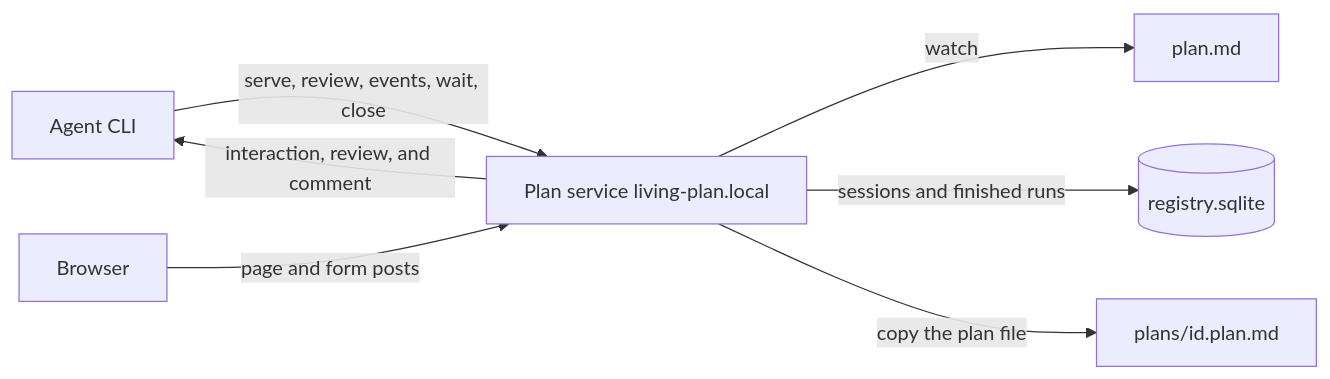
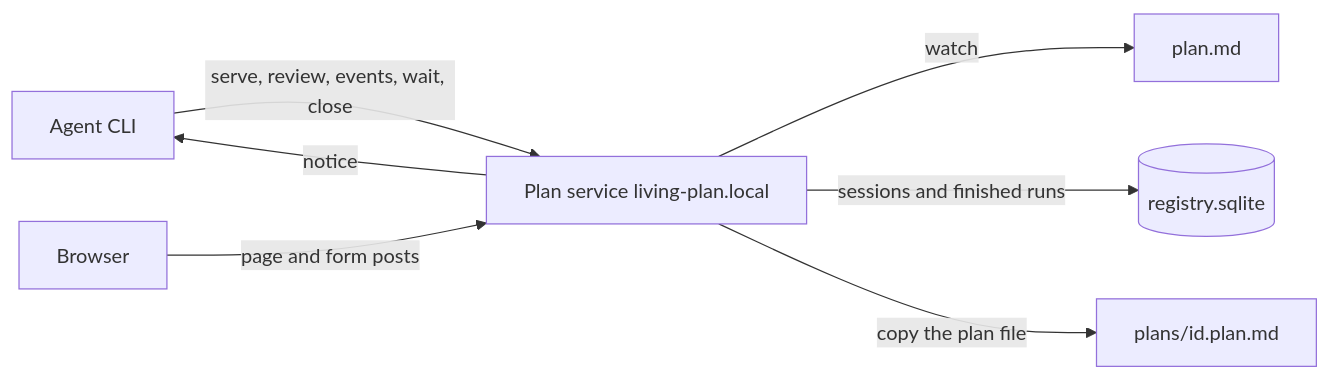
One commit to marco-calderon/visual-living-plan changed the first of 5 diagrams in docs/architecture/README.md. Above: the diagram before and after it, drawn with Mermaid. The commit also changed other lines of this file and 12 other files, not shown here.

First line of the commit message:
Sync architecture docs with the running service.

````diff
--- a/docs/architecture/README.md
+++ b/docs/architecture/README.md
@@ -13,16 +13,16 @@
 ```mermaid
 flowchart LR
   Agent["Agent CLI"]
   Browser["Browser"]
   Service["Plan service living-plan.local"]
   File["plan.md"]
   DB[("registry.sqlite")]
   Archive["plans/id.plan.md"]
 
   Agent -->|"serve, review, events, wait, close"| Service
   Browser -->|"page and form posts"| Service
   Service -->|"watch"| File
   Service -->|"sessions and finished runs"| DB
   Service -->|"copy the plan file"| Archive
-  Service -->|"interaction, review, and comment"| Agent
+  Service -->|"notice"| Agent
 ```
````
